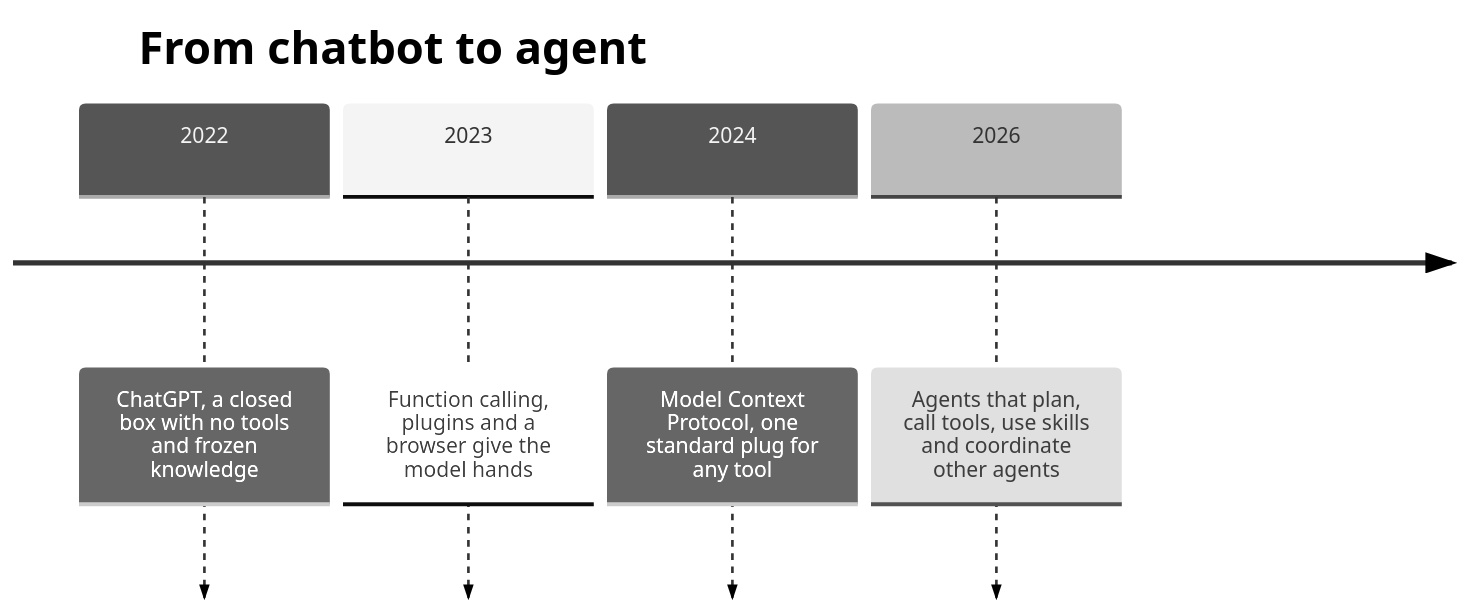
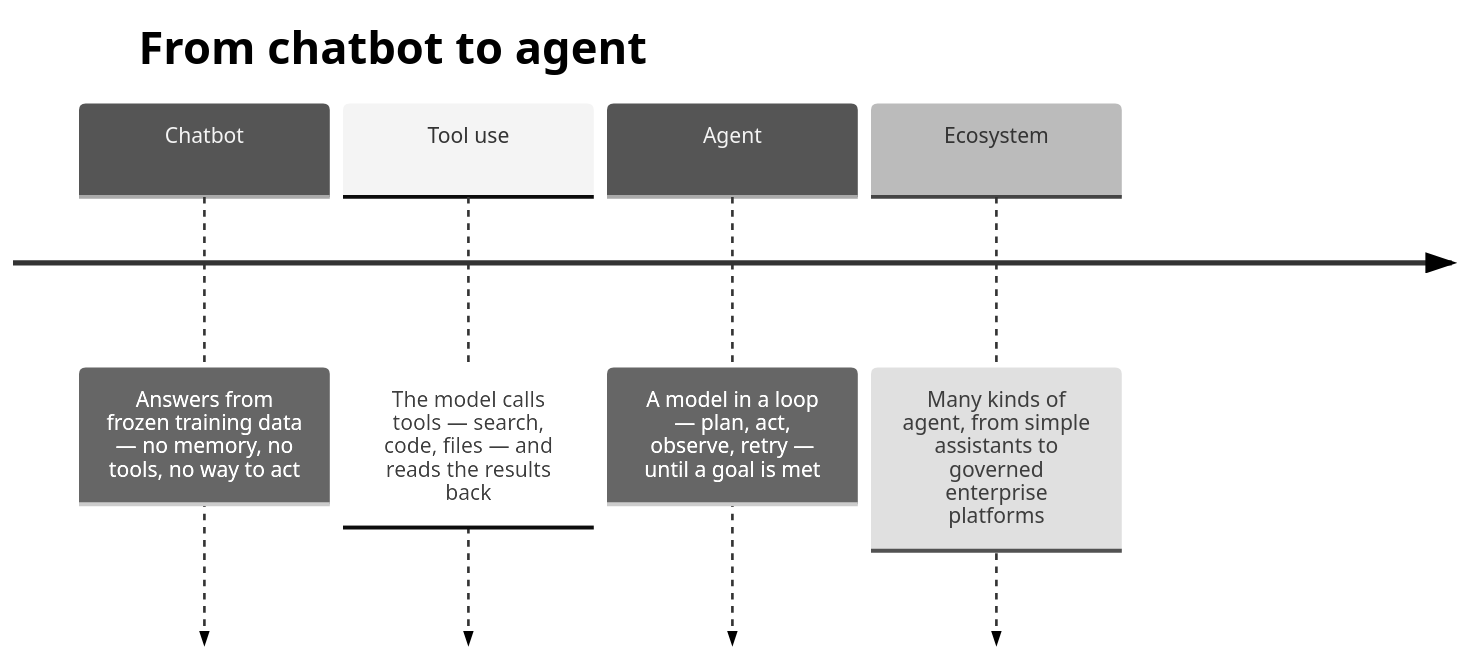
One commit to ChristineTham/aidou changed the second of 5 diagrams in book/01-foundations.md. Above: the diagram before and after it, drawn with Mermaid (neutral theme). The commit also changed other lines of this file and 3 other files, not shown here.

````diff
--- a/book/01-foundations.md
+++ b/book/01-foundations.md
@@ -55,8 +52,8 @@
 ```mermaid
 timeline
     title From chatbot to agent
-    2022 : ChatGPT, a closed box with no tools and frozen knowledge
-    2023 : Function calling, plugins and a browser give the model hands
-    2024 : Model Context Protocol, one standard plug for any tool
-    2026 : Agents that plan, call tools, use skills and coordinate other agents
+    Chatbot : Answers from frozen training data — no memory, no tools, no way to act
+    Tool use : The model calls tools — search, code, files — and reads the results back
+    Agent : A model in a loop — plan, act, observe, retry — until a goal is met
+    Ecosystem : Many kinds of agent, from simple assistants to governed enterprise platforms
 ```
````
